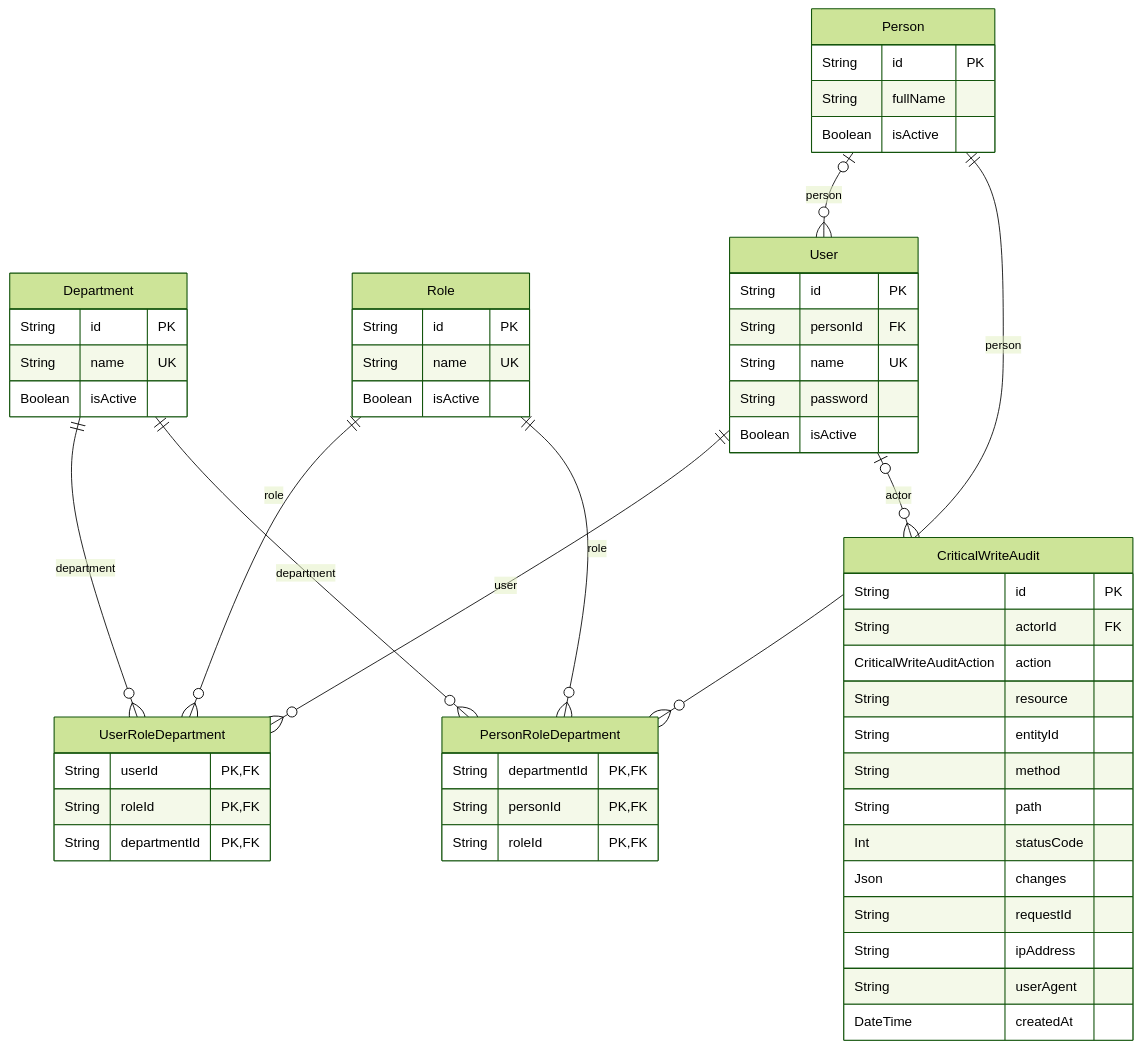
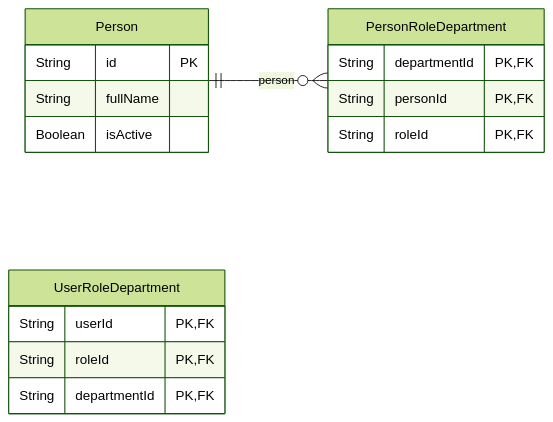
The second of 26 diagrams in docs/architecture/views/logical/data-and-persistence/generated/database-schema.md (gpgsistemas01/nexus), drawn with Mermaid (forest theme) before and after one commit. The commit also changed other lines of this file and 198 other files, not shown here.

Commit message:
docs: mejorar notación UML y distribución de diagramas Mermaid

````diff
--- a/docs/architecture/views/logical/data-and-persistence/generated/database-schema.md
+++ b/docs/architecture/views/logical/data-and-persistence/generated/database-schema.md
@@ -16,58 +44,20 @@
 ```mermaid
 erDiagram
-    Department {
-        String id PK
-        String name UK
-        Boolean isActive
-    }
-    Role {
-        String id PK
-        String name UK
-        Boolean isActive
-    }
-    User {
-        String id PK
-        String personId FK
-        String name UK
-        String password
-        Boolean isActive
-    }
+    direction LR
     Person {
         String id PK
         String fullName
         Boolean isActive
     }
     UserRoleDepartment {
         String userId PK,FK
         String roleId PK,FK
         String departmentId PK,FK
     }
     PersonRoleDepartment {
         String departmentId PK,FK
         String personId PK,FK
         String roleId PK,FK
     }
-    CriticalWriteAudit {
-        String id PK
-        String actorId FK
-        CriticalWriteAuditAction action
-        String resource
-        String entityId
-        String method
-        String path
-        Int statusCode
-        Json changes
-        String requestId
-        String ipAddress
-        String userAgent
-        DateTime createdAt
-    }
-    Person o|--o{ User : "person"
-    User ||--o{ UserRoleDepartment : "user"
-    Role ||--o{ UserRoleDepartment : "role"
-    Department ||--o{ UserRoleDepartment : "department"
-    Department ||--o{ PersonRoleDepartment : "department"
     Person ||--o{ PersonRoleDepartment : "person"
-    Role ||--o{ PersonRoleDepartment : "role"
-    User o|--o{ CriticalWriteAudit : "actor"
 ```
````
